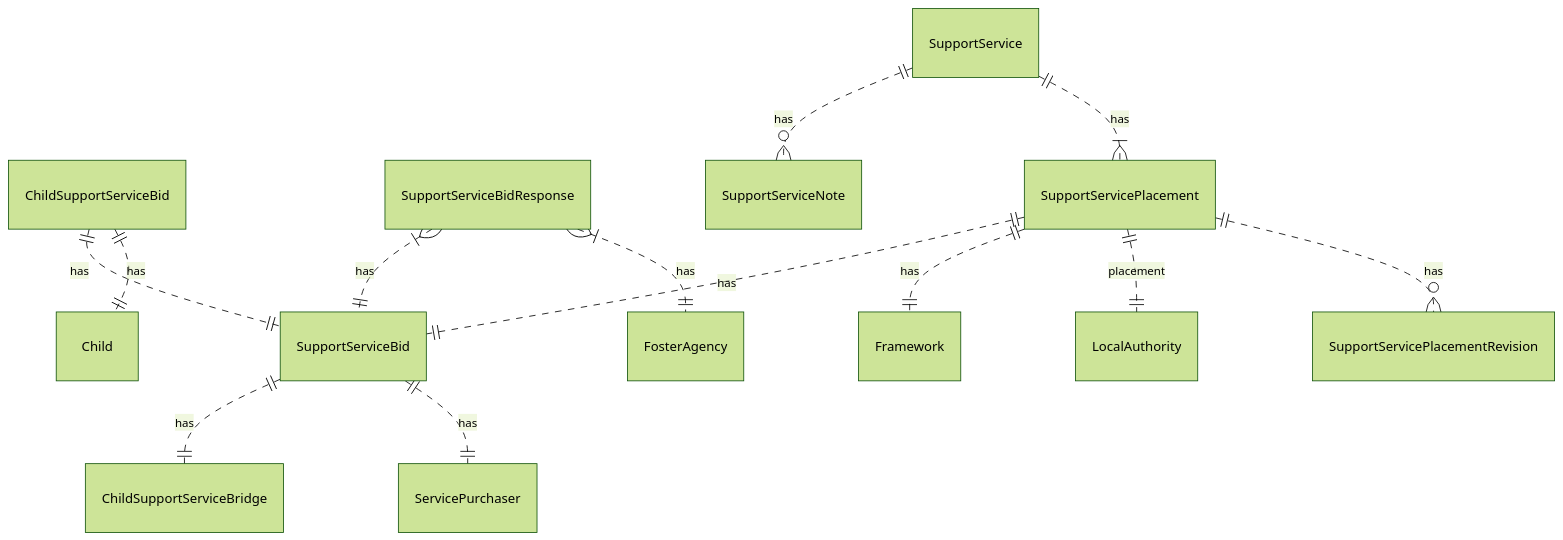
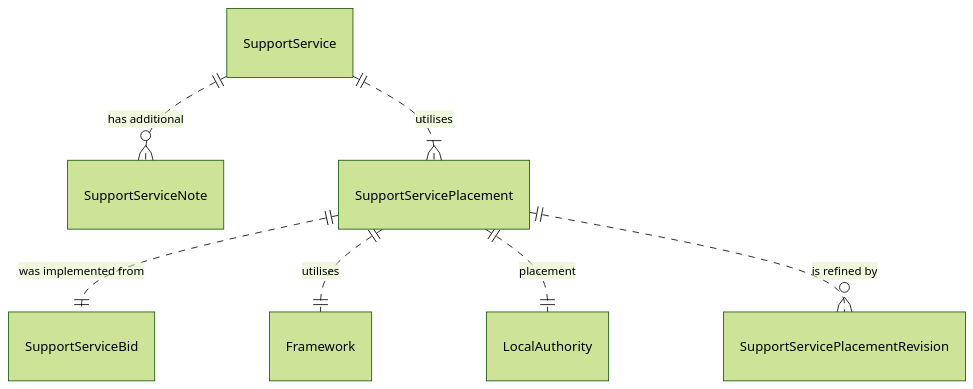
One commit to placementdatacollaboration/cpp_data_model changed the fourth of 8 diagrams in README.md. Above: the diagram before and after it, drawn with Mermaid (forest theme). The commit also changed other lines of this file, not shown here.

Commit message:
Updated relationships, and connective language in diagrams

````diff
--- a/README.md
+++ b/README.md
@@ -42,15 +46,9 @@
 ```mermaid
 erDiagram
-    SupportServiceBid ||..|| ChildSupportServiceBridge: has
-    SupportServiceBid ||..|| ServicePurchaser: has
-    ChildSupportServiceBid ||..|| SupportServiceBid: has
-    ChildSupportServiceBid ||..|| Child: has
-    SupportServiceBidResponse }|..|| SupportServiceBid : has
-    SupportServiceBidResponse }|..|| FosterAgency : has
-    SupportService ||..o{ SupportServiceNote : has
-    SupportService ||..|{ SupportServicePlacement : has
-    SupportServicePlacement ||..|| SupportServiceBid : has
-    SupportServicePlacement ||..|| Framework : has
-    SupportServicePlacement ||..|| LocalAuthority : placement
-    SupportServicePlacement ||..o{ SupportServicePlacementRevision : has    
+    SupportService ||..o{ SupportServiceNote : "has additional"
+    SupportService ||..|{ SupportServicePlacement : "utilises"
+    SupportServicePlacement ||..|| SupportServiceBid : "was implemented from"
+    SupportServicePlacement ||..|| Framework : "utilises"
+    SupportServicePlacement ||..|| LocalAuthority : "placement"
+    SupportServicePlacement ||..o{ SupportServicePlacementRevision : "is refined by"    
 ```    
````
